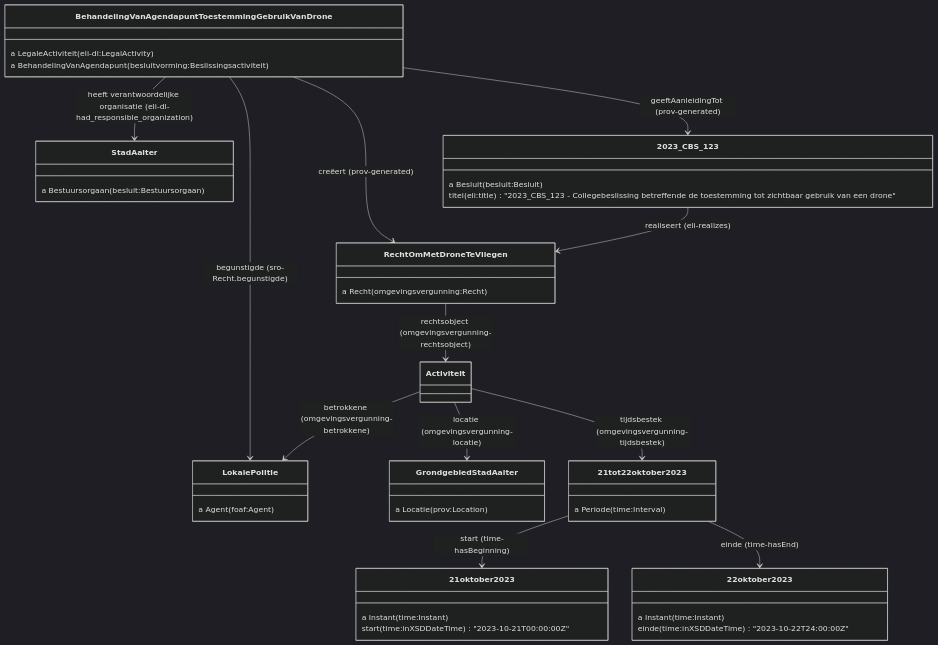
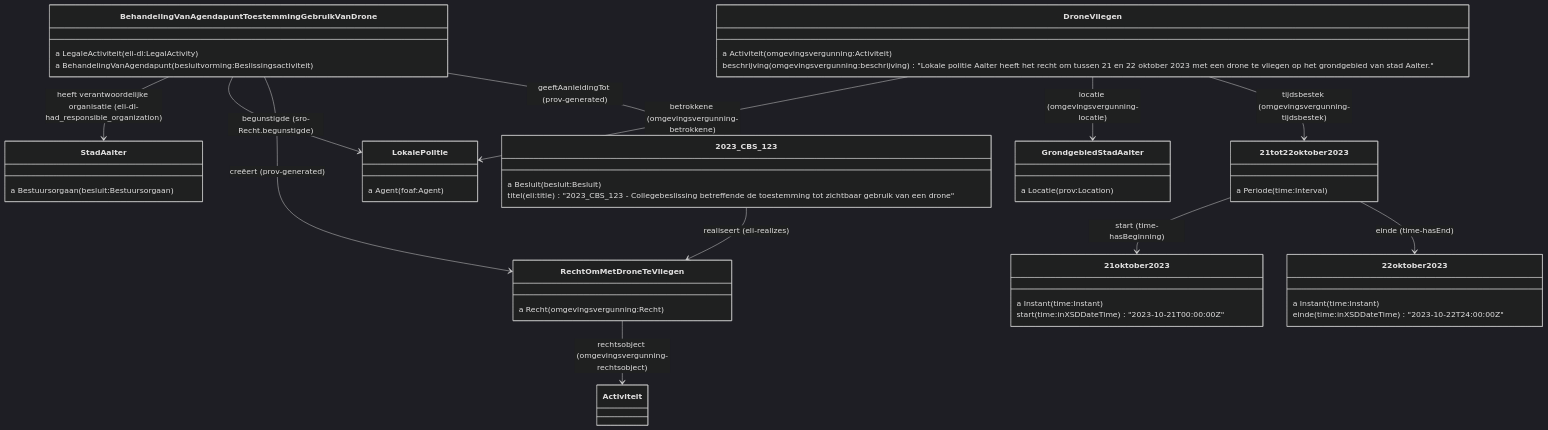
Before and after one commit to Informatievlaanderen/OSLOthema-slimmeRaadpleegOmgeving: diagram 11 of 15 in README.md, drawn with Mermaid (dark theme).

````diff
--- a/README.md
+++ b/README.md
@@ -426,56 +426,61 @@
 ```mermaid
 classDiagram
 BehandelingVanAgendapuntToestemmingGebruikVanDrone --> StadAalter: heeft verantwoordelijke organisatie (eli-dl-had_responsible_organization)
 BehandelingVanAgendapuntToestemmingGebruikVanDrone --> LokalePolitie: begunstigde (sro-Recht.begunstigde)
 BehandelingVanAgendapuntToestemmingGebruikVanDrone --> RechtOmMetDroneTeVliegen: creëert (prov-generated)
 BehandelingVanAgendapuntToestemmingGebruikVanDrone --> 2023_CBS_123: geeftAanleidingTot (prov-generated)
 
 class BehandelingVanAgendapuntToestemmingGebruikVanDrone {
  a LegaleActiviteit (eli-dl:LegalActivity)
  a BehandelingVanAgendapunt (besluitvorming:Beslissingsactiviteit)
 }
 
 class RechtOmMetDroneTeVliegen {
  a Recht (omgevingsvergunning:Recht)
 }
 
 class StadAalter {
  a Bestuursorgaan (besluit:Bestuursorgaan)
 }
 
 class LokalePolitie {
  a Agent (foaf:Agent)
 }
 
+class DroneVliegen {
+ a Activiteit (omgevingsvergunning:Activiteit)
+ beschrijving (omgevingsvergunning:beschrijving) "Lokale politie Aalter heeft het recht om tussen 21 en 22 oktober 2023 met een drone te vliegen op het grondgebied van stad Aalter."
+}
+
 2023_CBS_123 --> RechtOmMetDroneTeVliegen: realiseert (eli-realizes)
 
 RechtOmMetDroneTeVliegen --> Activiteit: rechtsobject (omgevingsvergunning-rechtsobject)
-Activiteit --> LokalePolitie: betrokkene (omgevingsvergunning-betrokkene)
-Activiteit --> GrondgebiedStadAalter: locatie (omgevingsvergunning-locatie)
-Activiteit --> 21tot22oktober2023: tijdsbestek (omgevingsvergunning-tijdsbestek)
+DroneVliegen --> LokalePolitie: betrokkene (omgevingsvergunning-betrokkene)
+DroneVliegen --> GrondgebiedStadAalter: locatie (omgevingsvergunning-locatie)
+DroneVliegen --> 21tot22oktober2023: tijdsbestek (omgevingsvergunning-tijdsbestek)
 
 class 2023_CBS_123 {
  a Besluit (besluit:Besluit)
-titel (eli:title) "2023_CBS_123 - Collegebeslissing betreffende de toestemming tot zichtbaar gebruik van een drone"
+ titel (eli:title) "2023_CBS_123 - Collegebeslissing betreffende de toestemming tot zichtbaar gebruik van een drone"
 }
 
 class GrondgebiedStadAalter {
   a Locatie (prov:Location)
 }
 
 class 21tot22oktober2023 {
  a Periode (time:Interval)
 }
 
 class 21oktober2023 {
  a Instant (time:Instant)
  start (time:inXSDDateTime) "2023-10-21T00:00:00Z"
 }
 
 class 22oktober2023 {
  a Instant (time:Instant)
  einde (time:inXSDDateTime) "2023-10-22T24:00:00Z"
 }
 21tot22oktober2023 --> 21oktober2023: start (time-hasBeginning)
 21tot22oktober2023 --> 22oktober2023: einde (time-hasEnd)
 ```
````
